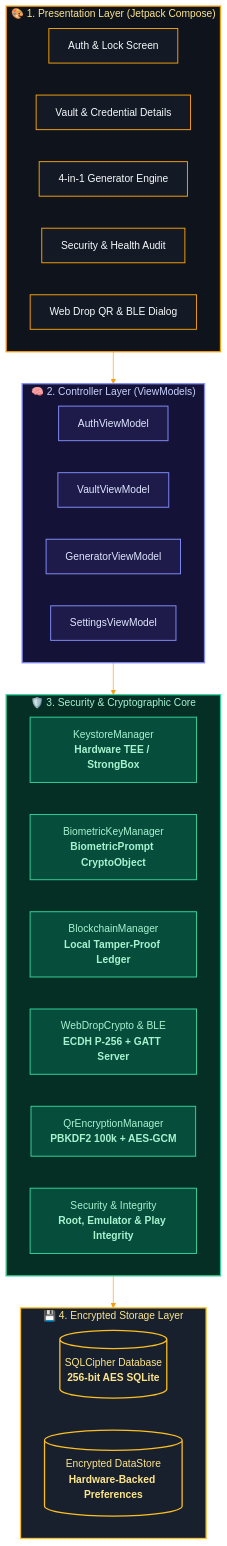
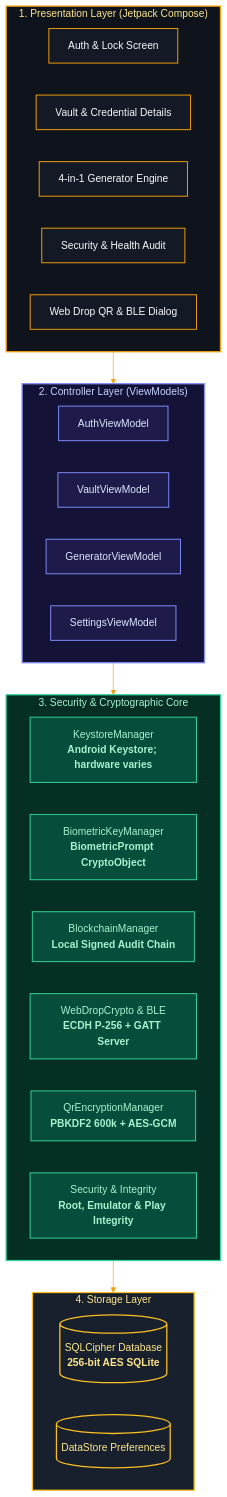
Before and after one commit to dwinsi/kunjika: the fifth of 5 diagrams in README.md, drawn with Mermaid. The commit also changed other lines of this file and 11 other files, not shown here.

````diff
--- a/README.md
+++ b/README.md
@@ -279,65 +278,65 @@
 ```mermaid
 %%{init: {
   'theme': 'base',
   'themeVariables': {
     'darkMode': true,
     'background': '#07090E',
     'mainBkg': '#0F141C',
     'primaryColor': '#131A26',
     'primaryTextColor': '#F8FAFC',
     'primaryBorderColor': '#F59E0B',
     'lineColor': '#F59E0B',
     'clusterBkg': '#0F141C',
     'clusterBorder': '#2B374A',
     'edgeLabelBackground': '#18202E'
   }
 }}%%
 graph TB
-    subgraph UI ["🎨 1. Presentation Layer (Jetpack Compose)"]
+    subgraph UI [" 1. Presentation Layer (Jetpack Compose)"]
         A[Auth & Lock Screen]
         B[Vault & Credential Details]
         C[4-in-1 Generator Engine]
         D[Security & Health Audit]
         E[Web Drop QR & BLE Dialog]
     end
 
-    subgraph VM ["🧠 2. Controller Layer (ViewModels)"]
+    subgraph VM [" 2. Controller Layer (ViewModels)"]
         F[AuthViewModel]
         G[VaultViewModel]
         H[GeneratorViewModel]
         I[SettingsViewModel]
     end
 
-    subgraph Core ["🛡️ 3. Security & Cryptographic Core"]
-        J[KeystoreManager<br/><b>Hardware TEE / StrongBox</b>]
+    subgraph Core [" 3. Security & Cryptographic Core"]
+        J[KeystoreManager<br/><b>Android Keystore; hardware varies</b>]
         K[BiometricKeyManager<br/><b>BiometricPrompt CryptoObject</b>]
-        L[BlockchainManager<br/><b>Local Tamper-Proof Ledger</b>]
+        L[BlockchainManager<br/><b>Local Signed Audit Chain</b>]
         M[WebDropCrypto & BLE<br/><b>ECDH P-256 + GATT Server</b>]
-        N[QrEncryptionManager<br/><b>PBKDF2 100k + AES-GCM</b>]
+        N[QrEncryptionManager<br/><b>PBKDF2 600k + AES-GCM</b>]
         O[Security & Integrity<br/><b>Root, Emulator & Play Integrity</b>]
     end
 
-    subgraph Storage ["💾 4. Encrypted Storage Layer"]
+    subgraph Storage [" 4. Storage Layer"]
         P[(SQLCipher Database<br/><b>256-bit AES SQLite</b>)]
-        Q[(Encrypted DataStore<br/><b>Hardware-Backed Preferences</b>)]
+        Q[(DataStore Preferences)]
     end
 
     UI --> VM
     VM --> Core
     Core --> Storage
 
     classDef goldNode fill:#131A26,stroke:#F59E0B,stroke-width:1.5px,color:#F8FAFC;
     classDef indigoNode fill:#1E1B4B,stroke:#818CF8,stroke-width:1.5px,color:#E0E7FF;
     classDef emeraldNode fill:#064E3B,stroke:#34D399,stroke-width:1.5px,color:#A7F3D0;
     classDef storageNode fill:#18202E,stroke:#FBBF24,stroke-width:2px,color:#FDE68A;
 
     class A,B,C,D,E goldNode;
     class F,G,H,I indigoNode;
     class J,K,L,M,N,O emeraldNode;
     class P,Q storageNode;
 
     style UI fill:#0F141C,stroke:#F59E0B,stroke-width:2px,color:#FDE68A
     style VM fill:#151238,stroke:#818CF8,stroke-width:2px,color:#C7D2FE
     style Core fill:#052e25,stroke:#34D399,stroke-width:2px,color:#A7F3D0
     style Storage fill:#18202E,stroke:#FBBF24,stroke-width:2px,color:#FDE68A
 ```
````
